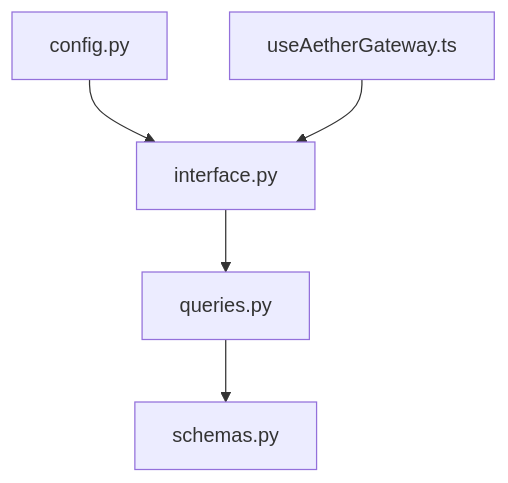
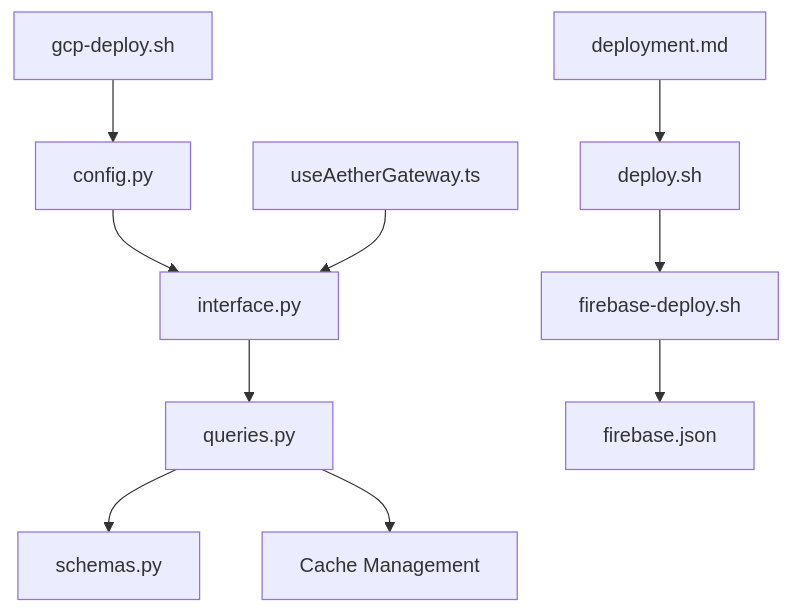
One commit to Moeabdelaziz007/Aether-Voice-OS changed diagram 12 of 12 in .qoder/repowiki/en/content/Deployment and Operations/Cloud Services and Firebase Integration.md. Above: the diagram before and after it, drawn with Mermaid. The commit also changed other lines of this file and 29 other files, not shown here.

````diff
--- a/.qoder/repowiki/en/content/Deployment and Operations/Cloud Services and Firebase Integration.md
+++ b/.qoder/repowiki/en/content/Deployment and Operations/Cloud Services and Firebase Integration.md
@@ -366,7 +502,12 @@
 ```mermaid
 graph TB
 CFG["config.py"] --> IFACE["interface.py"]
 IFACE --> QUERIES["queries.py"]
 QUERIES --> SCHEMAS["schemas.py"]
 HOOK["useAetherGateway.ts"] --> IFACE
+DEPLOY["deploy.sh"] --> FIREVAL["firebase-deploy.sh"]
+FIREVAL --> FJSON["firebase.json"]
+GCPDEP["gcp-deploy.sh"] --> CFG
+DEPLOYMD["deployment.md"] --> DEPLOY
+QUERIES --> CACHE["Cache Management"]
 ```
````
